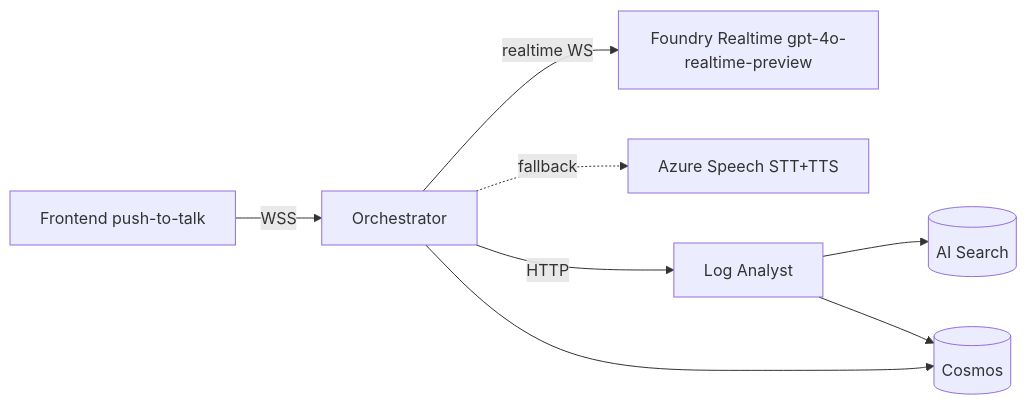
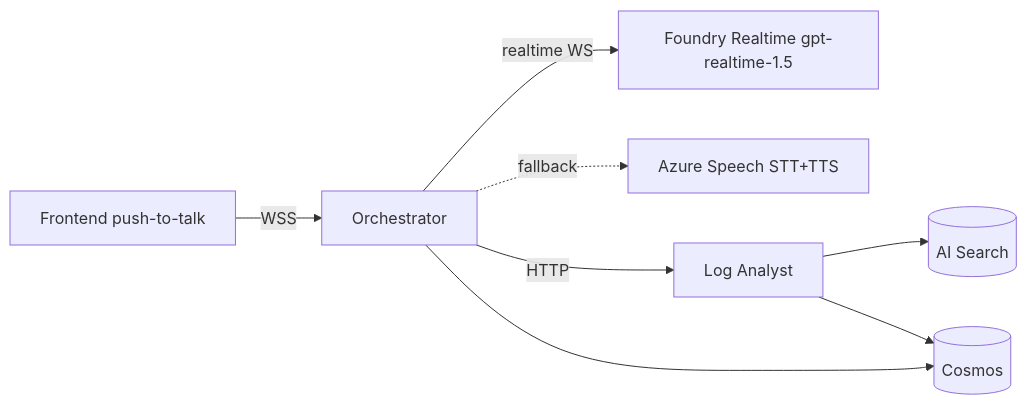
The diagram in docs/architecture.md (DaleStewart/crosstown-app-base), drawn with Mermaid before and after one commit. The commit also changed other lines of this file and 6 other files, not shown here.

First line of the commit message:
Swap Foundry Realtime model to gpt-realtime-1.5

````diff
--- a/docs/architecture.md
+++ b/docs/architecture.md
@@ -32,10 +32,10 @@
 ```mermaid
 flowchart LR
   FE[Frontend push-to-talk] -- WSS --> ORC[Orchestrator]
-  ORC -- realtime WS --> FRT[Foundry Realtime gpt-4o-realtime-preview]
+  ORC -- realtime WS --> FRT[Foundry Realtime gpt-realtime-1.5]
   ORC -. fallback .-> SPC[Azure Speech STT+TTS]
   ORC -- HTTP --> LA[Log Analyst]
   LA --> SRCH[(AI Search)]
   LA --> COS[(Cosmos)]
   ORC --> COS
 ```
````
